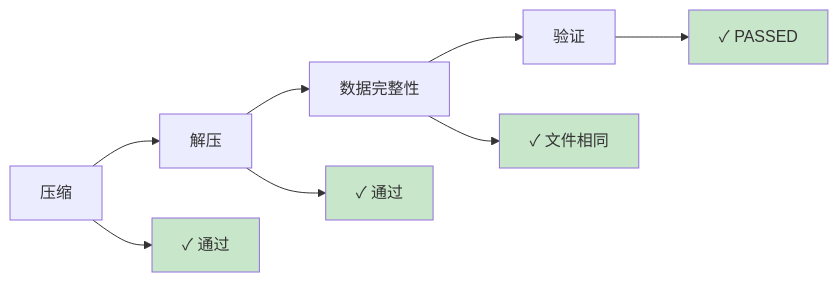
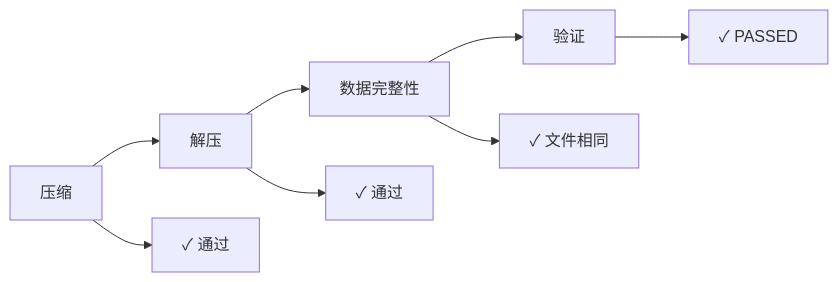
Before and after one commit to open-genomics/fq-compressor-rust: the third of 5 diagrams in docs/zh/benchmarks/performance-report.md, drawn with Mermaid. The commit also changed other lines of this file and 23 other files, not shown here.

````diff
--- a/docs/zh/benchmarks/performance-report.md
+++ b/docs/zh/benchmarks/performance-report.md
@@ -208,16 +207,12 @@
 ```mermaid
 flowchart LR
     A[压缩] --> B[解压]
     B --> C[数据完整性]
     C --> D[验证]
     
     A --> A1["✓ 通过"]
     B --> B1["✓ 通过"]
     C --> C1["✓ 文件相同"]
     D --> D1["✓ PASSED"]
     
-    style A1 fill:#C8E6C9
-    style B1 fill:#C8E6C9
-    style C1 fill:#C8E6C9
-    style D1 fill:#C8E6C9
 ```
````
